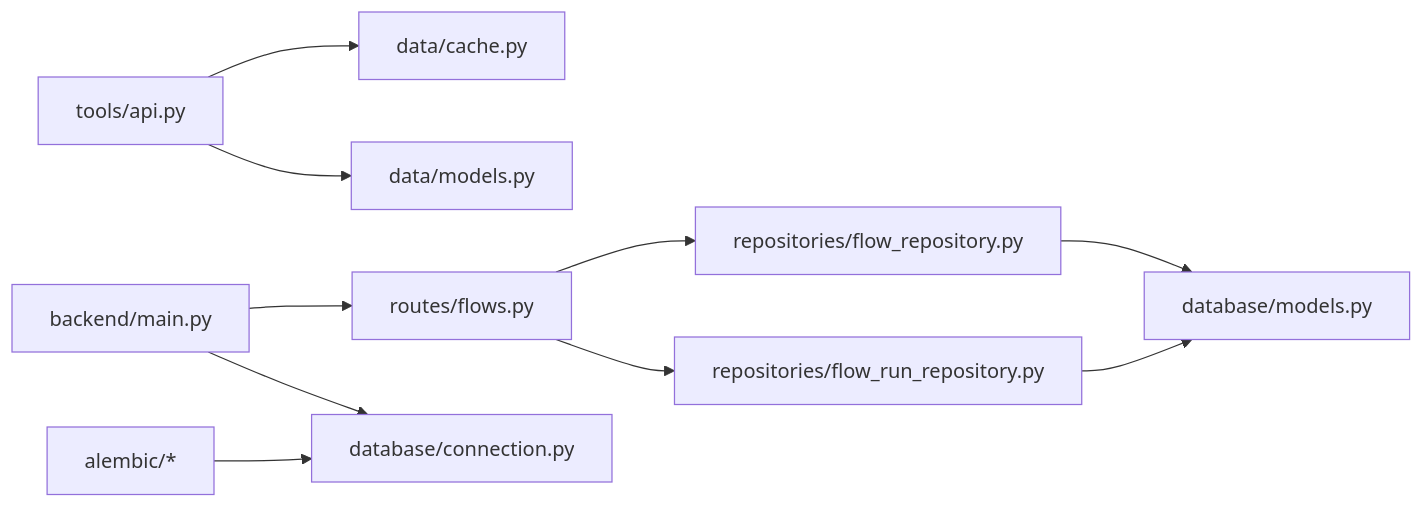
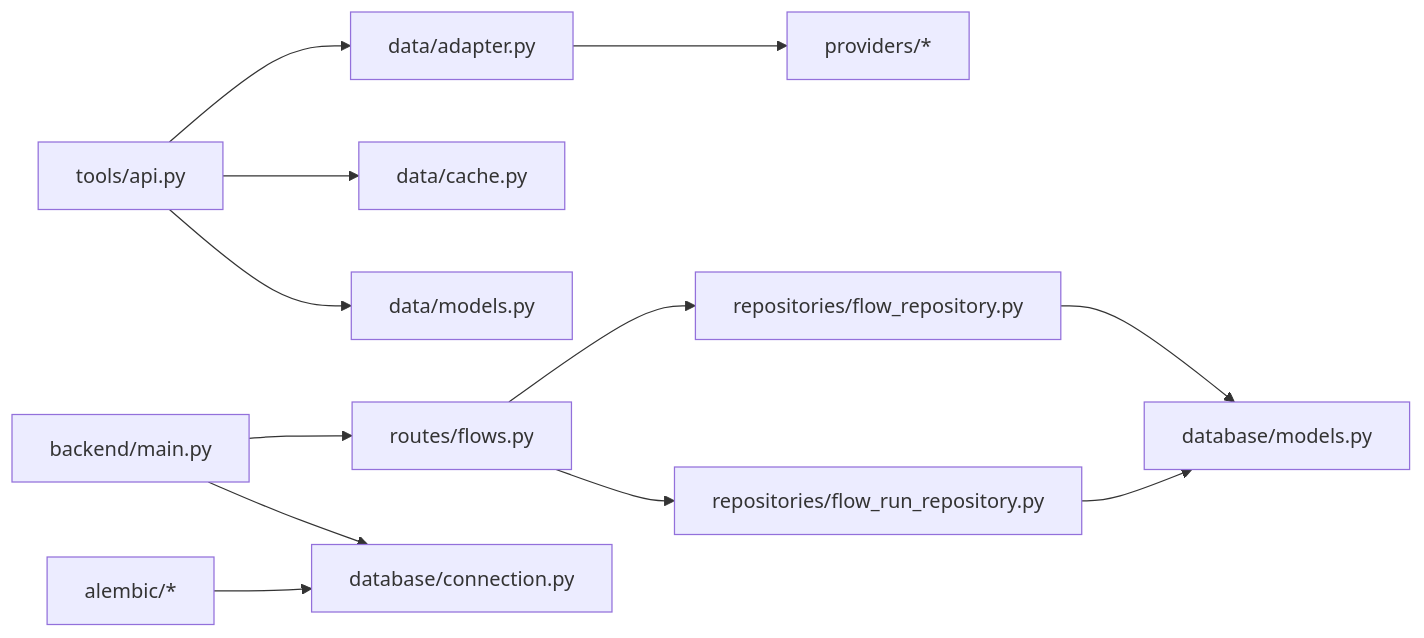
Before and after one commit to lichen14-hash/ai-hedge-fund: the seventh of 7 diagrams in .qoder/repowiki/zh/content/数据管理/数据管理.md, drawn with Mermaid. The commit also changed other lines of this file and 11 other files, not shown here.

````diff
--- a/.qoder/repowiki/zh/content/数据管理/数据管理.md
+++ b/.qoder/repowiki/zh/content/数据管理/数据管理.md
@@ -332,12 +430,14 @@
 ```mermaid
 graph LR
 Routes["routes/flows.py"] --> RepoFlow["repositories/flow_repository.py"]
 Routes --> RepoRun["repositories/flow_run_repository.py"]
 RepoFlow --> Models["database/models.py"]
 RepoRun --> Models
-Tools["tools/api.py"] --> Cache["data/cache.py"]
+Tools["tools/api.py"] --> Adapter["data/adapter.py"]
+Adapter --> Providers["providers/*"]
+Tools --> Cache["data/cache.py"]
 Tools --> Pydantic["data/models.py"]
 Main["backend/main.py"] --> Routes
 Main --> DBConn["database/connection.py"]
 Alembic["alembic/*"] --> DBConn
 ```
````
